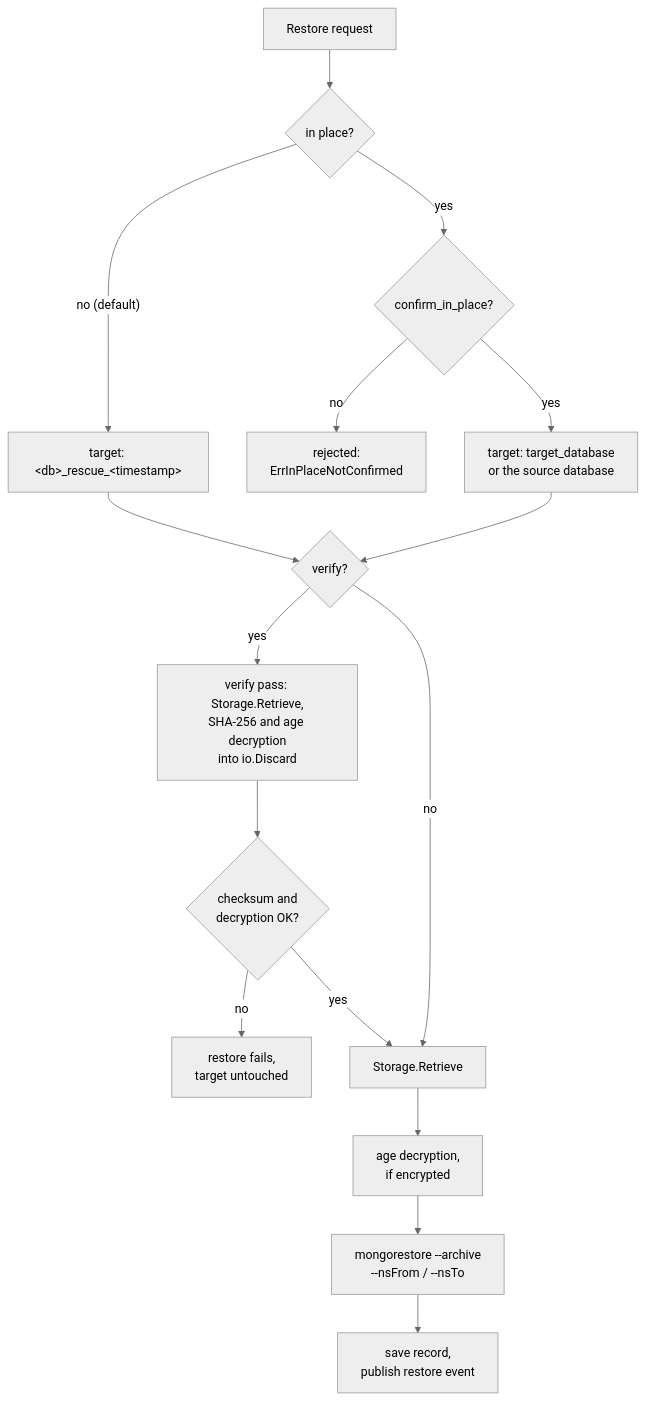
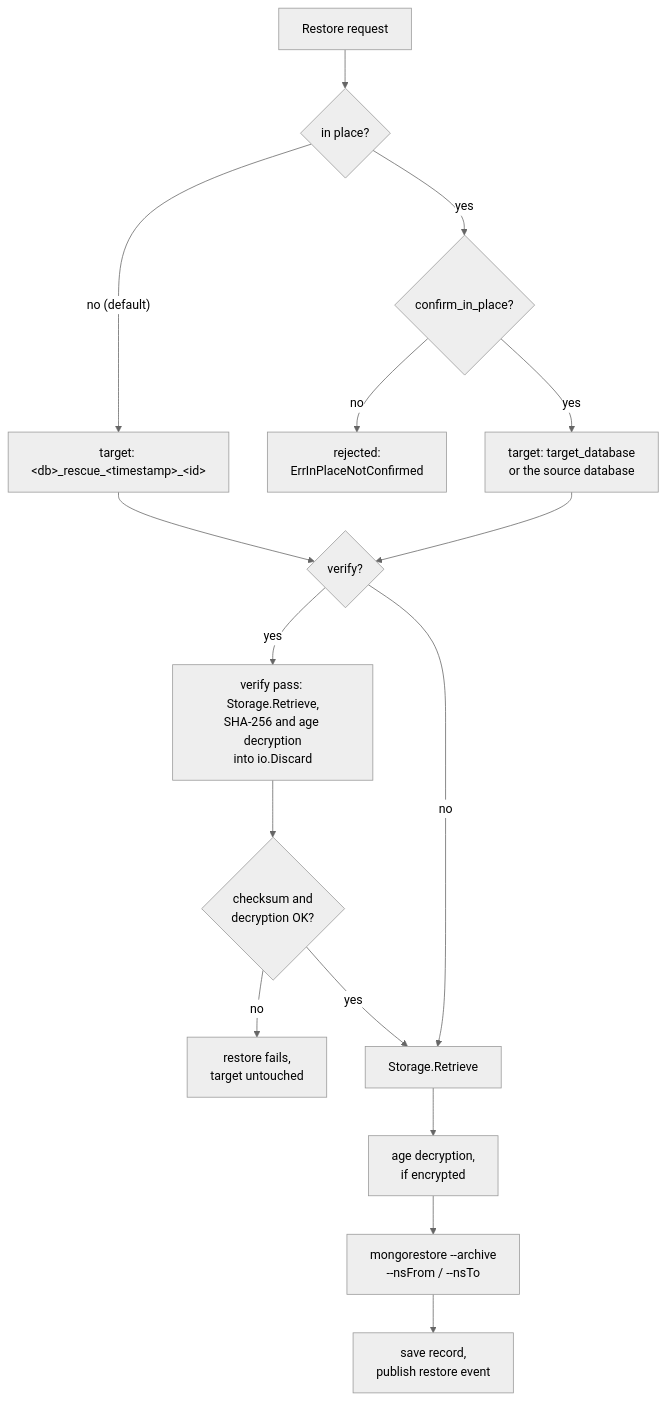
The third of 3 diagrams in docs/architecture.md (YigitCittan/mongorescue), drawn with Mermaid (neutral theme) before and after one commit. The commit also changed other lines of this file and 8 other files, not shown here.

````diff
--- a/docs/architecture.md
+++ b/docs/architecture.md
@@ -150,18 +150,18 @@
 ```mermaid
 flowchart TD
     REQ["Restore request"] --> INP{"in place?"}
-    INP -- "no (default)" --> T1["target: #lt;db#gt;_rescue_#lt;timestamp#gt;"]
+    INP -- "no (default)" --> T1["target: #lt;db#gt;_rescue_#lt;timestamp#gt;_#lt;id#gt;"]
     INP -- yes --> CONF{"confirm_in_place?"}
     CONF -- no --> REJ["rejected:<br/>ErrInPlaceNotConfirmed"]
     CONF -- yes --> T2["target: target_database<br/>or the source database"]
     T1 --> VER{"verify?"}
     T2 --> VER
     VER -- yes --> V["verify pass: Storage.Retrieve,<br/>SHA-256 and age decryption<br/>into io.Discard"]
     V --> OK{"checksum and<br/>decryption OK?"}
     OK -- no --> ABORT["restore fails,<br/>target untouched"]
     OK -- yes --> R["Storage.Retrieve"]
     VER -- no --> R
     R --> DEC["age decryption,<br/>if encrypted"]
     DEC --> MR["mongorestore --archive<br/>--nsFrom / --nsTo"]
     MR --> REC["save record,<br/>publish restore event"]
 ```
````
